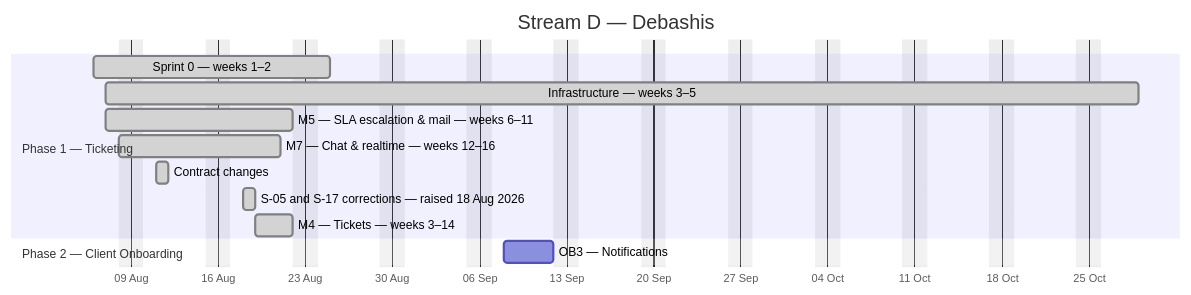
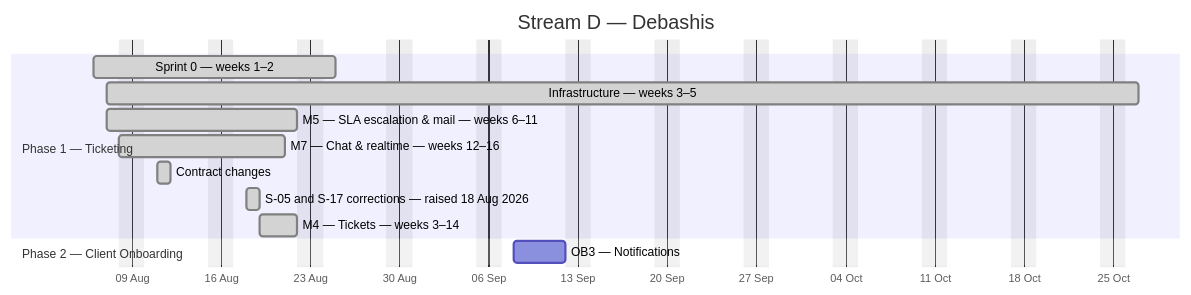
The fourth of 4 diagrams in docs/plan/GANTT.md (debashisedunext/EduTrack), drawn with Mermaid before and after one commit. The commit also changed other lines of this file and 2 other files, not shown here.

````diff
--- a/docs/plan/GANTT.md
+++ b/docs/plan/GANTT.md
@@ -191,17 +186,17 @@
 ```mermaid
 gantt
     dateFormat YYYY-MM-DD
     axisFormat %d %b
     title Stream D — Debashis
     excludes weekends
     section Phase 1 — Ticketing
     Sprint 0 — weeks 1–2 :done, d0, 2026-08-06, 13d
-    Infrastructure — weeks 3–5 :done, d1, 2026-08-07, 59d
+    Infrastructure — weeks 3–5 :done, d1, 2026-08-07, 57d
     M5 — SLA  escalation & mail — weeks 6–11 :done, d2, 2026-08-07, 11d
     M7 — Chat & realtime — weeks 12–16 :done, d3, 2026-08-08, 10d
     Contract changes :done, d4, 2026-08-11, 1d
     S-05 and S-17 corrections — raised 18 Aug 2026 :done, d5, 2026-08-18, 1d
     M4 — Tickets — weeks 3–14 :done, d6, 2026-08-19, 3d
     section Phase 2 — Client Onboarding
     OB3 — Notifications :d7, 2026-09-08, 4d
 ```
````
